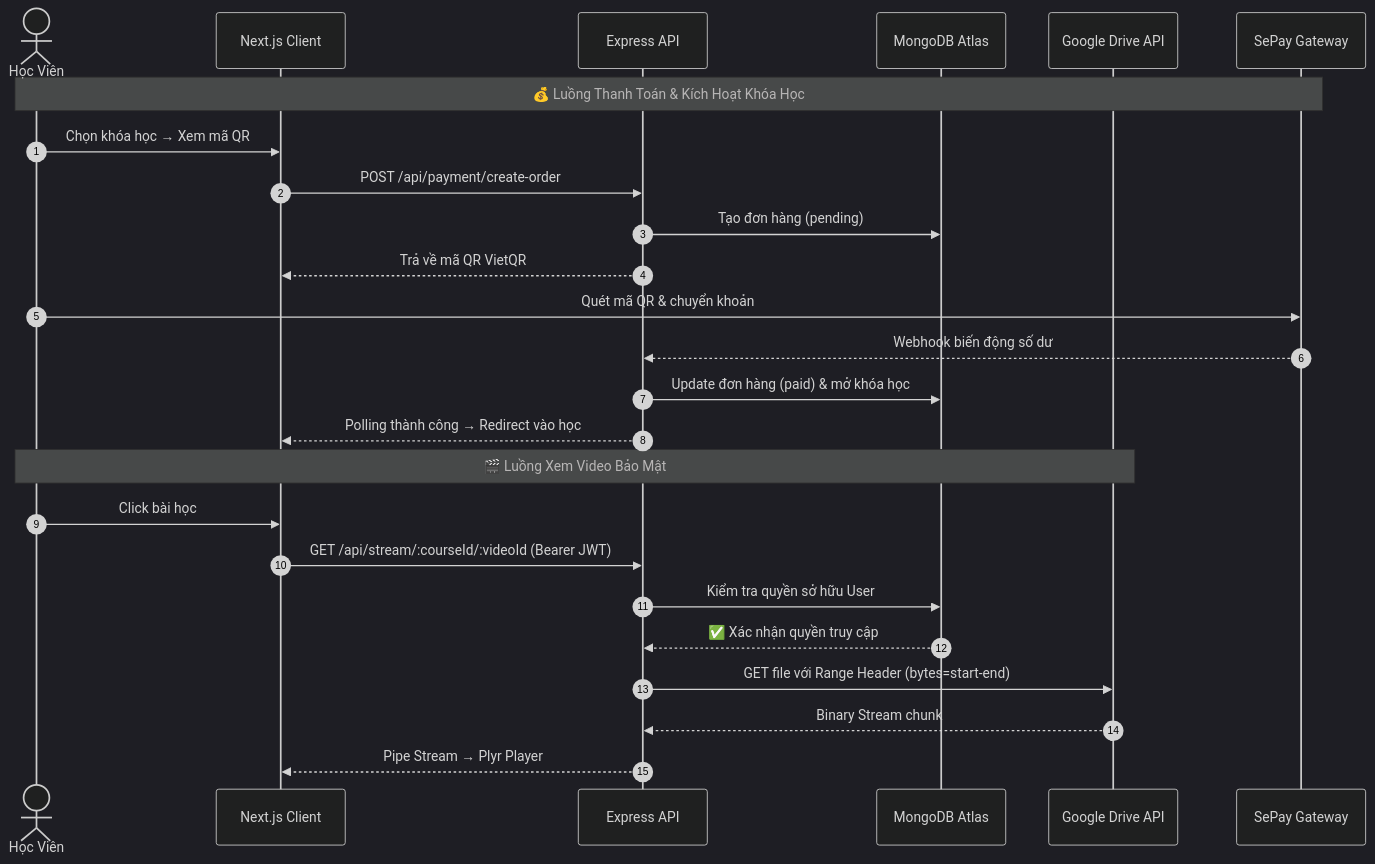
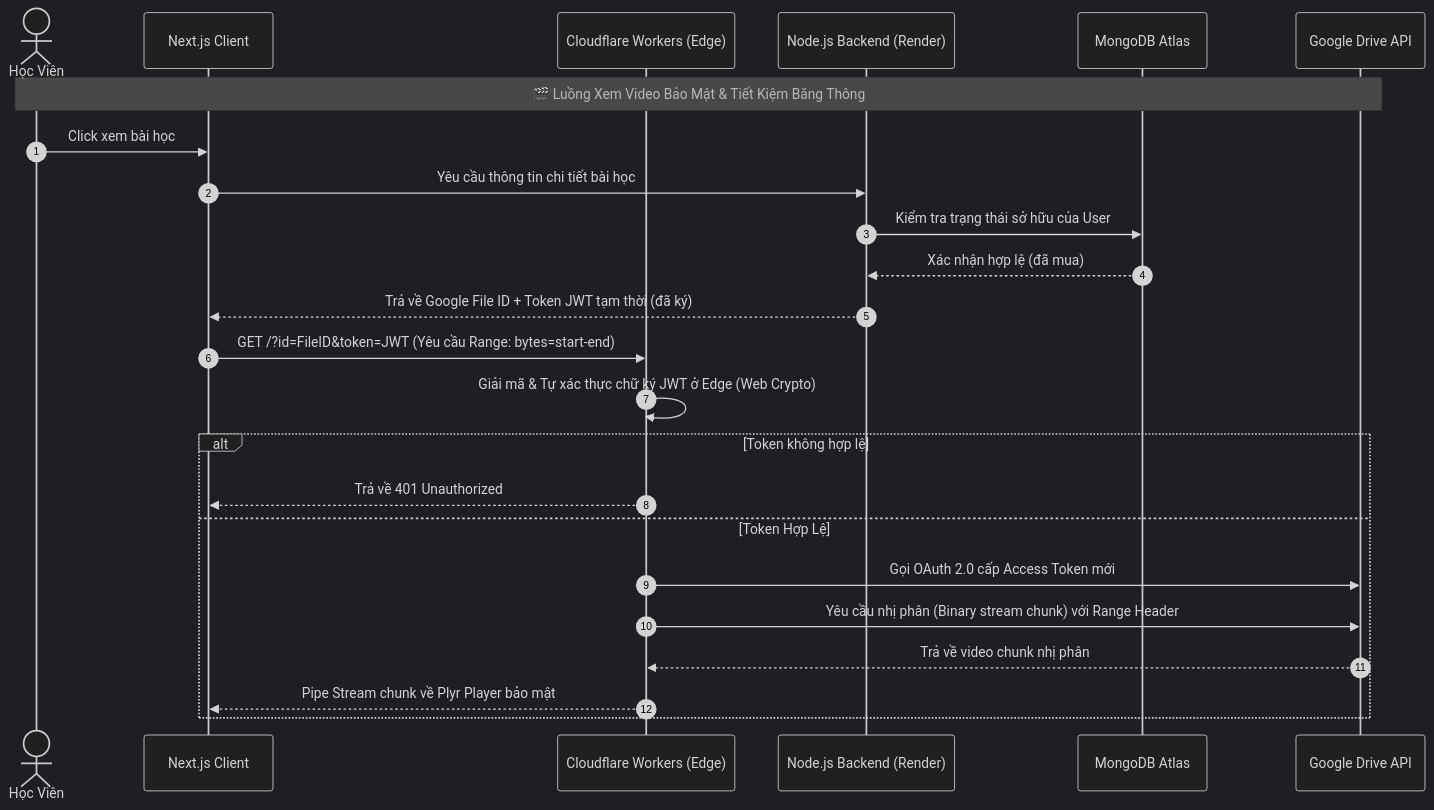
Before and after one commit to vanphu1201/edu-stream-showcase: the diagram in README.md, drawn with Mermaid (dark theme). The commit also changed other lines of this file and 1 other file, not shown here.

Commit message:
feat: add Cloudflare Worker for secure Google Drive video streaming and update documentation

````diff
--- a/README.md
+++ b/README.md
@@ -140,31 +143,29 @@
 ```mermaid
 sequenceDiagram
     autonumber
-    actor 👩‍🎓 as Học Viên
-    participant 🌐 as Next.js Client
-    participant ⚙️ as Express API
-    participant 🗄️ as MongoDB Atlas
-    participant 📁 as Google Drive API
-    participant 💳 as SePay Gateway
+    actor Student as Học Viên
+    participant Client as Next.js Client
+    participant Worker as Cloudflare Workers (Edge)
+    participant Backend as Node.js Backend (Render)
+    participant DB as MongoDB Atlas
+    participant Drive as Google Drive API
 
-    Note over 👩‍🎓, 💳: 💰 Luồng Thanh Toán & Kích Hoạt Khóa Học
+    Note over Student, Drive: 🎬 Luồng Xem Video Bảo Mật & Tiết Kiệm Băng Thông
 
-    👩‍🎓->>🌐: Chọn khóa học → Xem mã QR
-    🌐->>⚙️: POST /api/payment/create-order
-    ⚙️->>🗄️: Tạo đơn hàng (pending)
-    ⚙️-->>🌐: Trả về mã QR VietQR
-    👩‍🎓->>💳: Quét mã QR & chuyển khoản
-    💳-->>⚙️: Webhook biến động số dư
-    ⚙️->>🗄️: Update đơn hàng (paid) & mở khóa học
-    ⚙️-->>🌐: Polling thành công → Redirect vào học
-
-    Note over 👩‍🎓, 📁: 🎬 Luồng Xem Video Bảo Mật
-
-    👩‍🎓->>🌐: Click bài học
-    🌐->>⚙️: GET /api/stream/:courseId/:videoId (Bearer JWT)
-    ⚙️->>🗄️: Kiểm tra quyền sở hữu User
-    🗄️-->>⚙️: ✅ Xác nhận quyền truy cập
-    ⚙️->>📁: GET file với Range Header (bytes=start-end)
-    📁-->>⚙️: Binary Stream chunk
-    ⚙️-->>🌐: Pipe Stream → Plyr Player
+    Student->>Client: Click xem bài học
+    Client->>Backend: Yêu cầu thông tin chi tiết bài học
+    Backend->>DB: Kiểm tra trạng thái sở hữu của User
+    DB-->>Backend: Xác nhận hợp lệ (đã mua)
+    Backend-->>Client: Trả về Google File ID + Token JWT tạm thời (đã ký)
+    
+    Client->>Worker: GET /?id=FileID&token=JWT (Yêu cầu Range: bytes=start-end)
+    Worker->>Worker: Giải mã & Tự xác thực chữ ký JWT ở Edge (Web Crypto)
+    alt Token không hợp lệ
+        Worker-->>Client: Trả về 401 Unauthorized
+    else Token Hợp Lệ
+        Worker->>Drive: Gọi OAuth 2.0 cấp Access Token mới
+        Worker->>Drive: Yêu cầu nhị phân (Binary stream chunk) với Range Header
+        Drive-->>Worker: Trả về video chunk nhị phân
+        Worker-->>Client: Pipe Stream chunk về Plyr Player bảo mật
+    end
 ```
````
